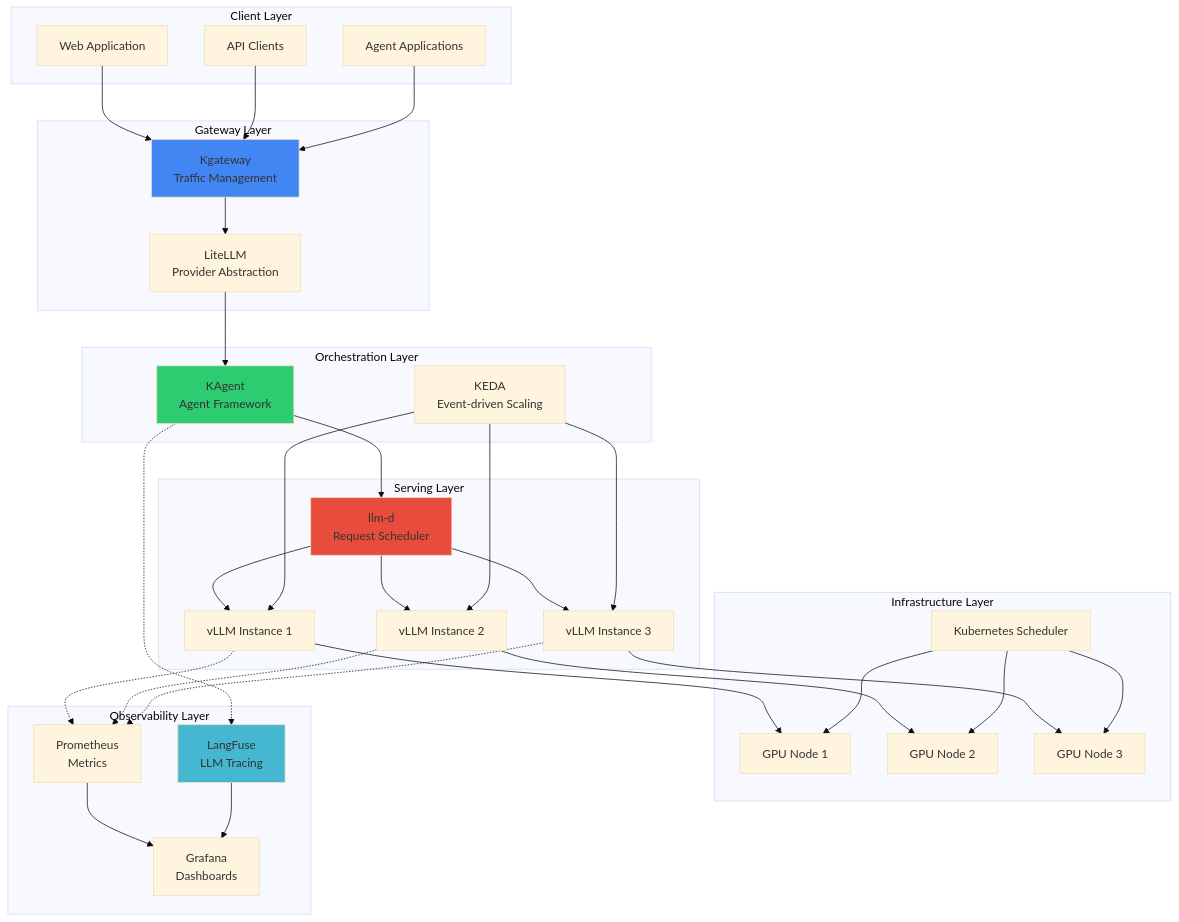
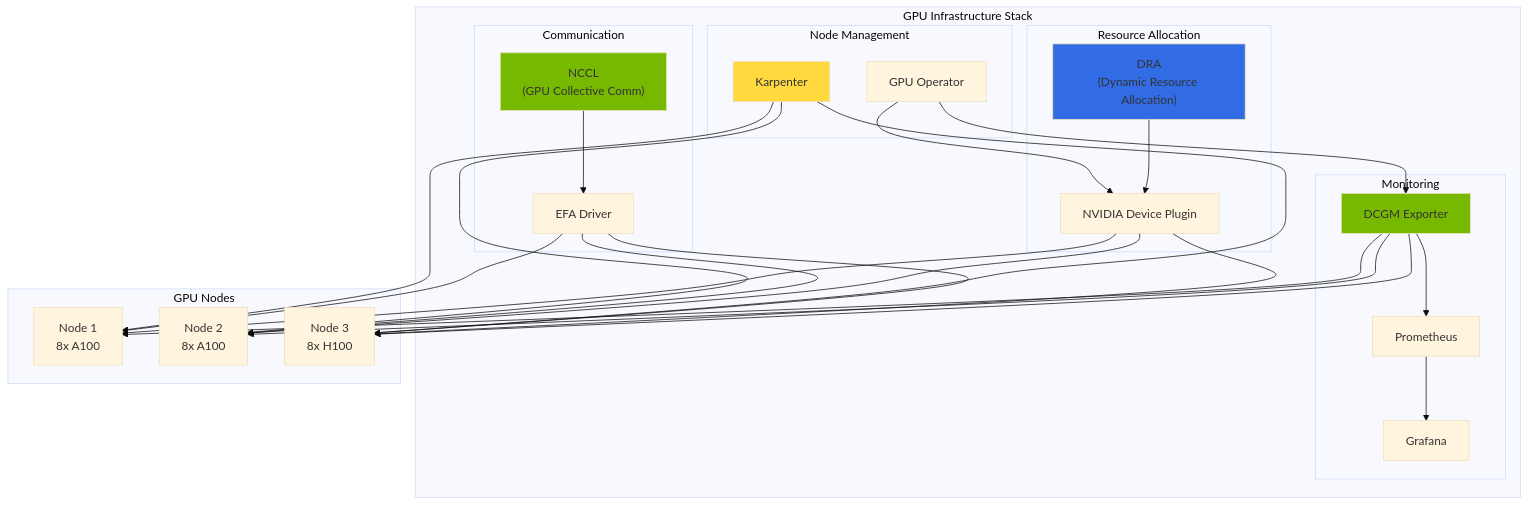
Before and after one commit to devfloor9/engineering-playbook: diagram 15 of 16 in i18n/en/docusaurus-plugin-content-docs/current/agentic-ai-platform/agentic-ai-challenges.md, drawn with Mermaid (base theme). The commit also changed other lines of this file and 1 other file, not shown here.

````diff
--- a/i18n/en/docusaurus-plugin-content-docs/current/agentic-ai-platform/agentic-ai-challenges.md
+++ b/i18n/en/docusaurus-plugin-content-docs/current/agentic-ai-platform/agentic-ai-challenges.md
@@ -444,59 +885,43 @@
 ```mermaid
 graph TB
-    subgraph "Client Layer"
-        WEB["Web Application"]
-        API["API Clients"]
-        AGENT["Agent Applications"]
+    subgraph "GPU Infrastructure Stack"
+        subgraph "Resource Allocation"
+            DRA["DRA<br/>(Dynamic Resource Allocation)"]
+            DRIVER["NVIDIA Device Plugin"]
+        end
+
+        subgraph "Monitoring"
+            DCGM["DCGM Exporter"]
+            PROM["Prometheus"]
+            GRAF["Grafana"]
+        end
+
+        subgraph "Communication"
+            NCCL["NCCL<br/>(GPU Collective Comm)"]
+            EFA["EFA Driver"]
+        end
+
+        subgraph "Node Management"
+            KARP["Karpenter"]
+            GPU_OP["GPU Operator"]
+        end
     end
 
-    subgraph "Gateway Layer"
-        KGW["Kgateway<br/>Traffic Management"]
-        LITE["LiteLLM<br/>Provider Abstraction"]
+    subgraph "GPU Nodes"
+        N1["Node 1<br/>8x A100"]
+        N2["Node 2<br/>8x A100"]
+        N3["Node 3<br/>8x H100"]
     end
 
-    subgraph "Orchestration Layer"
-        KAGENT["KAgent<br/>Agent Framework"]
-        KEDA["KEDA<br/>Event-driven Scaling"]
-    end
+    DRA --> DRIVER --> N1 & N2 & N3
+    DCGM --> N1 & N2 & N3
+    DCGM --> PROM --> GRAF
+    NCCL --> EFA --> N1 & N2 & N3
+    KARP --> N1 & N2 & N3
+    GPU_OP --> DRIVER & DCGM
 
-    subgraph "Serving Layer"
-        LLMD["llm-d<br/>Request Scheduler"]
-        VLLM1["vLLM Instance 1"]
-        VLLM2["vLLM Instance 2"]
-        VLLM3["vLLM Instance 3"]
-    end
-
-    subgraph "Infrastructure Layer"
-        SCHED["Kubernetes Scheduler"]
-        GPU1["GPU Node 1"]
-        GPU2["GPU Node 2"]
-        GPU3["GPU Node 3"]
-    end
-
-    subgraph "Observability Layer"
-        LF["LangFuse<br/>LLM Tracing"]
-        PROM["Prometheus<br/>Metrics"]
-        GRAF["Grafana<br/>Dashboards"]
-    end
-
-    WEB & API & AGENT --> KGW
-    KGW --> LITE
-    LITE --> KAGENT
-    KAGENT --> LLMD
-    LLMD --> VLLM1 & VLLM2 & VLLM3
-    VLLM1 --> GPU1
-    VLLM2 --> GPU2
-    VLLM3 --> GPU3
-    SCHED --> GPU1 & GPU2 & GPU3
-    KEDA --> VLLM1 & VLLM2 & VLLM3
-
-    KAGENT -.-> LF
-    VLLM1 & VLLM2 & VLLM3 -.-> PROM
-    PROM --> GRAF
-    LF --> GRAF
-
-    style KGW fill:#4286f4
-    style KAGENT fill:#2ecc71
-    style LF fill:#45b7d1
-    style LLMD fill:#e74c3c
+    style DRA fill:#326ce5
+    style DCGM fill:#76b900
+    style NCCL fill:#76b900
+    style KARP fill:#ffd93d
 ```
````
